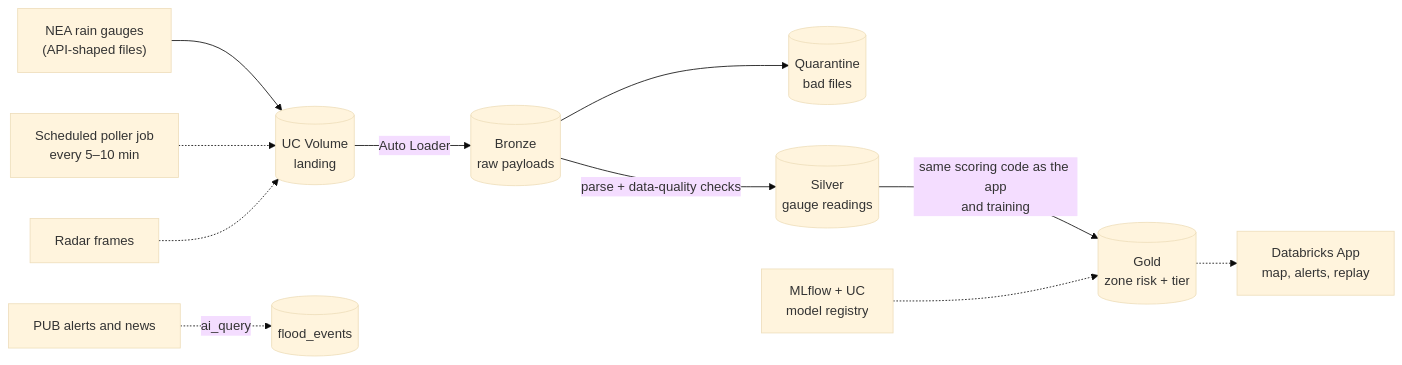
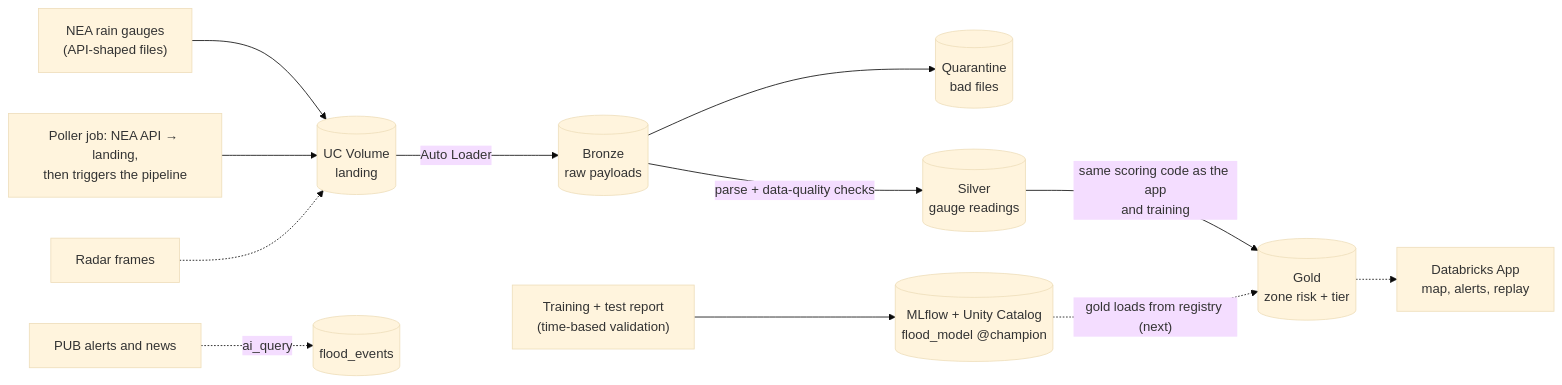
The diagram in submission/round1_pitch_deck.md (adk7712/floodsense), drawn with Mermaid (base theme) before and after one commit. The commit also changed other lines of this file and 8 other files, not shown here.

First line of the commit message:
feat(phase5): live poller job, UC model registry; warning time excludes date-only floods

````diff
--- a/submission/round1_pitch_deck.md
+++ b/submission/round1_pitch_deck.md
@@ -106,13 +113,14 @@
 ```mermaid
 flowchart LR
     G["NEA rain gauges<br/>(API-shaped files)"] --> V[("UC Volume<br/>landing")]
     V -->|Auto Loader| B[("Bronze<br/>raw payloads")]
     B --> Q[("Quarantine<br/>bad files")]
     B -->|"parse + data-quality checks"| S[("Silver<br/>gauge readings")]
     S -->|"same scoring code as the app<br/>and training"| P[("Gold<br/>zone risk + tier")]
-    J["Scheduled poller job<br/>every 5–10 min"] -.-> V
+    J["Poller job: NEA API → landing,<br/>then triggers the pipeline"] --> V
     R["Radar frames"] -.-> V
     A["PUB alerts and news"] -.->|ai_query| E[("flood_events")]
     P -.-> APP["Databricks App<br/>map, alerts, replay"]
-    M["MLflow + UC<br/>model registry"] -.-> P
+    T["Training + test report<br/>(time-based validation)"] --> M[("MLflow + Unity Catalog<br/>flood_model @champion")]
+    M -.->|"gold loads from registry (next)"| P
 ```
````
